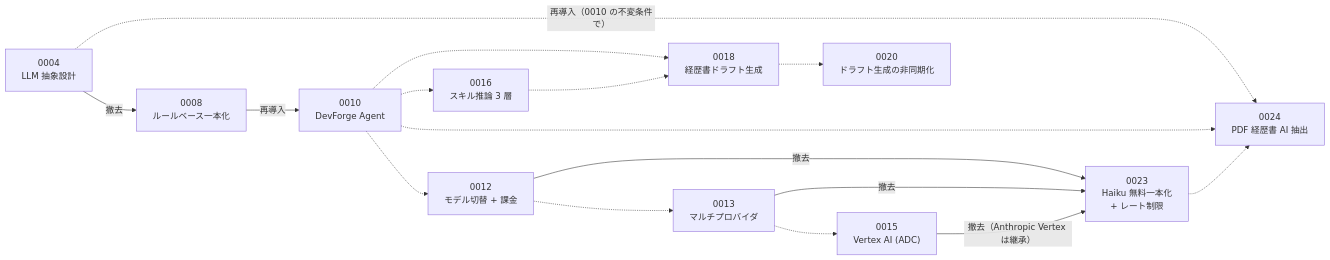
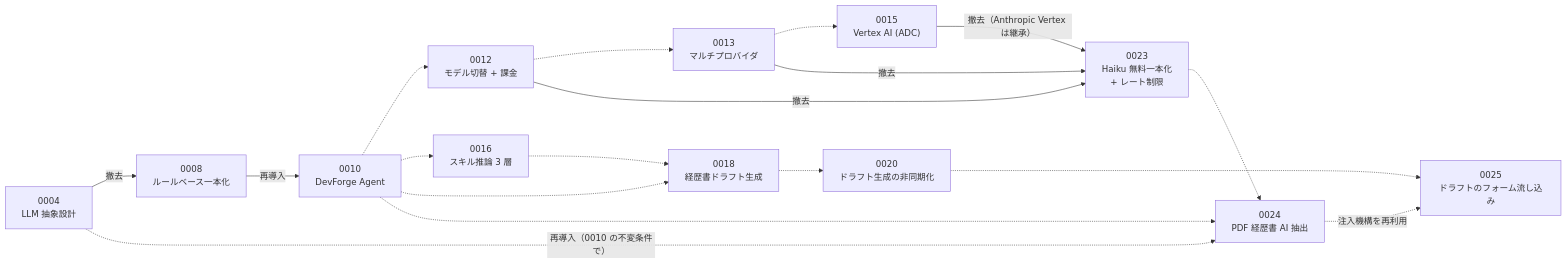
The first of 4 diagrams in docs/adr/README.md (yusuke0610/devforge), drawn with Mermaid before and after one commit. The commit also changed other lines of this file and 1 other file, not shown here.

Commit message:
docs(adr): 経歴書ドラフトのフォーム流し込み ADR を起票（ADR-0025 / #525）
ADR-0018 のドラフト生成は PDF しか返さず「手で転記」が残っていた。生成 payload は
既に resume_draft_cache.result に永続化されているため、それを JSON で公開して #524 の
注入機構でフォームへ流し込む設計判断を記録。生成設計（0018/0020）は変えない。

決定:
- GET /api/agent/resume-draft/result で payload を JSON 公開（/pdf とは別エンドポイント）
- web の「フォームに反映」→ router state → CareerResumeForm が #524 で注入（上書き確認）
- DB 非更新を維持。#524 は mapCareerResumeToForm 再利用で「Resume 互換 payload → form」を満たす

docs/adr/README.md 索引・系統図も更新（make lint-adr-index green）。

````diff
--- a/docs/adr/README.md
+++ b/docs/adr/README.md
@@ -68,18 +70,20 @@
 ```mermaid
 graph LR
     A0004["0004<br/>LLM 抽象設計"] -->|"撤去"| A0008["0008<br/>ルールベース一本化"]
     A0008 -->|"再導入"| A0010["0010<br/>DevForge Agent"]
     A0010 -.-> A0012["0012<br/>モデル切替 + 課金"]
     A0012 -.-> A0013["0013<br/>マルチプロバイダ"]
     A0013 -.-> A0015["0015<br/>Vertex AI (ADC)"]
     A0012 -->|"撤去"| A0023["0023<br/>Haiku 無料一本化<br/>+ レート制限"]
     A0013 -->|"撤去"| A0023
     A0015 -->|"撤去（Anthropic Vertex は継承）"| A0023
     A0010 -.-> A0016["0016<br/>スキル推論 3 層"]
     A0010 -.-> A0018["0018<br/>経歴書ドラフト生成"]
     A0016 -.-> A0018
     A0018 -.-> A0020["0020<br/>ドラフト生成の非同期化"]
     A0004 -.->|"再導入（0010 の不変条件で）"| A0024["0024<br/>PDF 経歴書 AI 抽出"]
     A0010 -.-> A0024
     A0023 -.-> A0024
+    A0020 -.-> A0025["0025<br/>ドラフトのフォーム流し込み"]
+    A0024 -.->|"注入機構を再利用"| A0025
 ```
````
